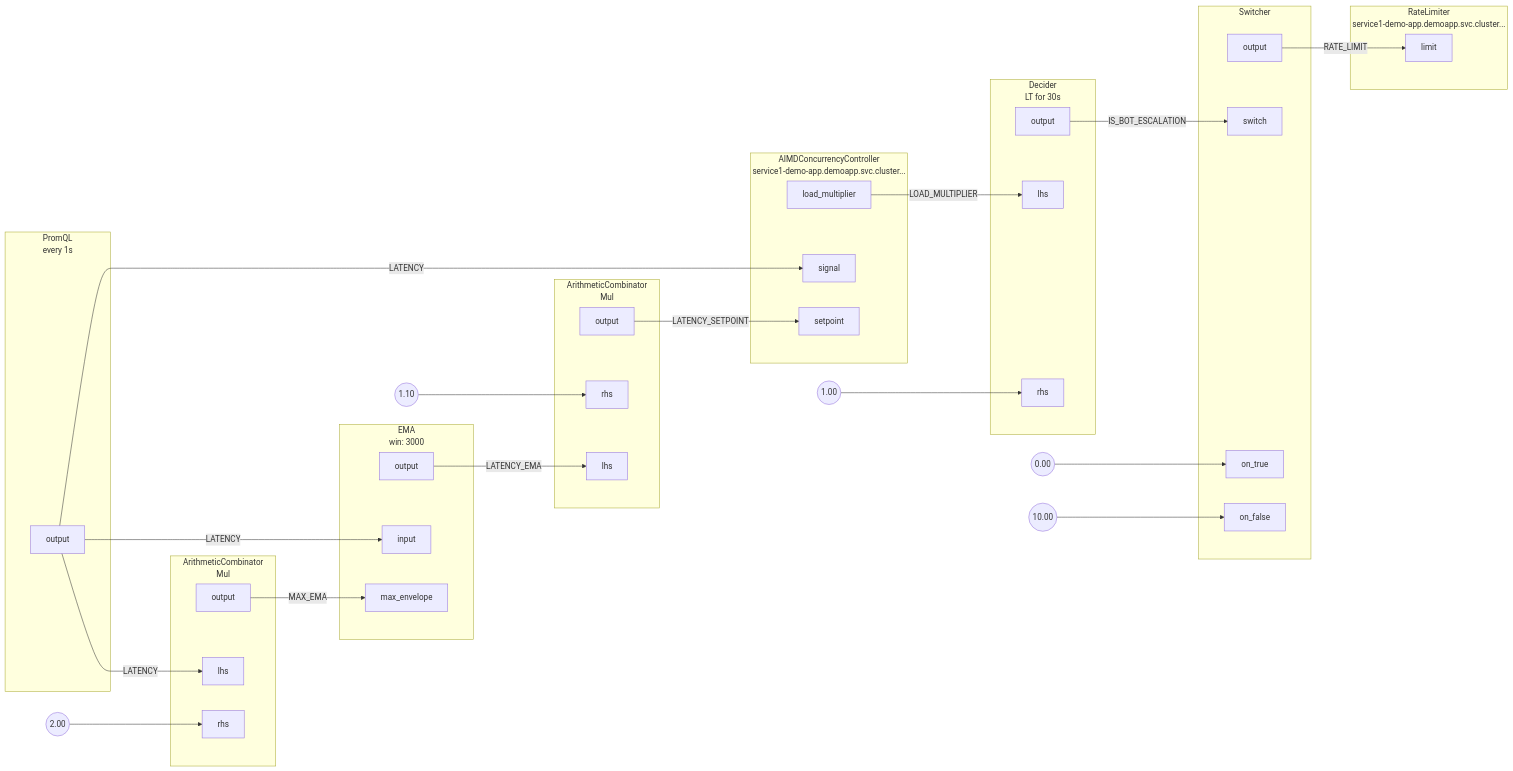
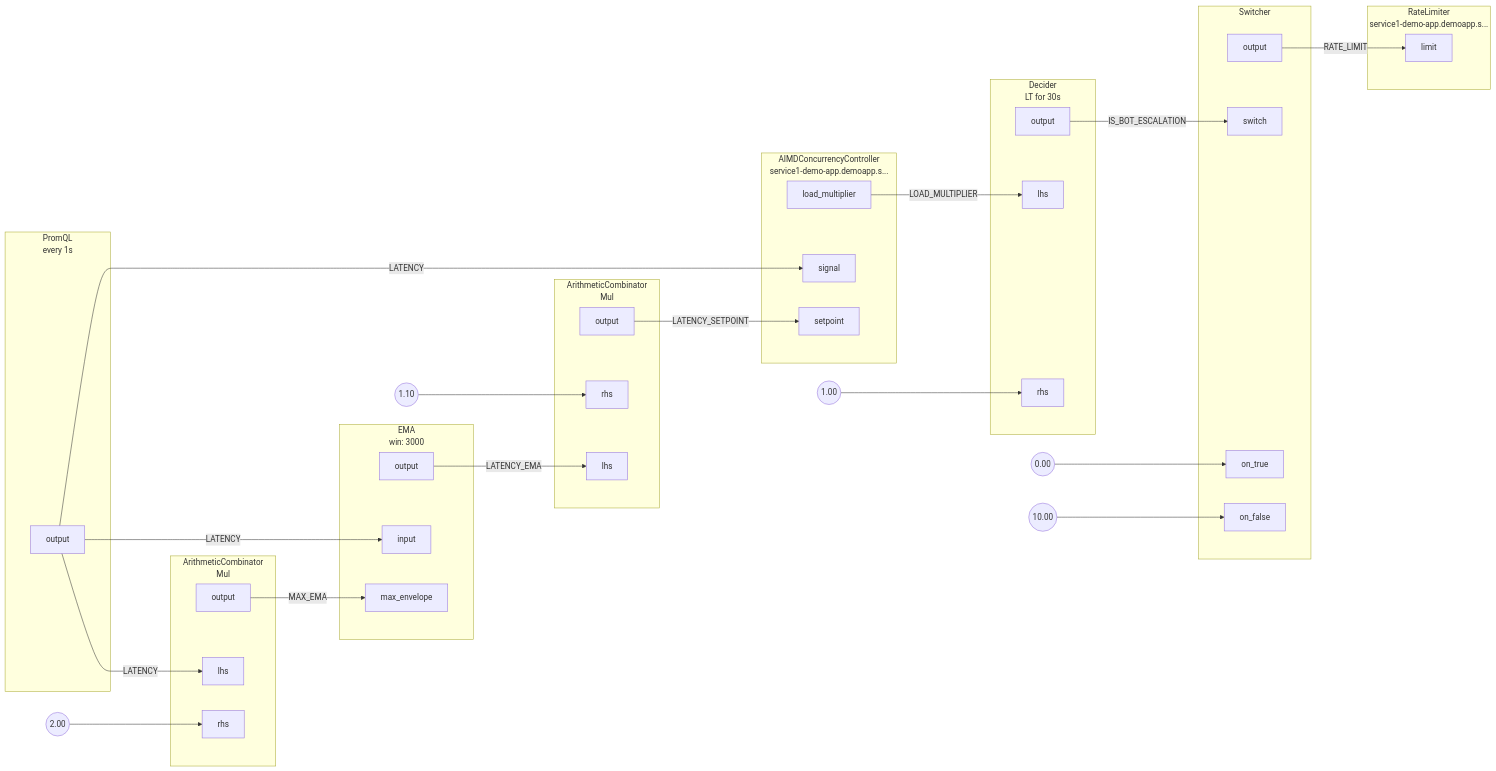
One commit to fluxninja/aperture changed the diagram in docs/content/tutorials/integrations/flow-control/rate-limiting/assets/dynamic-rate-limiting/dynamic-rate-limiting.mmd. Above: the diagram before and after it, drawn with Mermaid. The commit also changed 18 other files, not shown here.

```diff
--- a/docs/content/tutorials/integrations/flow-control/rate-limiting/assets/dynamic-rate-limiting/dynamic-rate-limiting.mmd
+++ b/docs/content/tutorials/integrations/flow-control/rate-limiting/assets/dynamic-rate-limiting/dynamic-rate-limiting.mmd
@@ -1,99 +1,99 @@
 flowchart LR
 subgraph root.0[<center>PromQL<br/>every 1s</center>]
 subgraph root.0_outports[ ]
 style root.0_outports fill:none,stroke:none
 root.0output[output]
 end
 end
 FakeConstant0((2.00))
 FakeConstant0 --> root.1rhs
 subgraph root.1[<center>ArithmeticCombinator<br/>Mul</center>]
 subgraph root.1_inports[ ]
 style root.1_inports fill:none,stroke:none
 root.1lhs[lhs]
 root.1rhs[rhs]
 end
 subgraph root.1_outports[ ]
 style root.1_outports fill:none,stroke:none
 root.1output[output]
 end
 end
 FakeConstant1((1.10))
 FakeConstant1 --> root.2rhs
 subgraph root.2[<center>ArithmeticCombinator<br/>Mul</center>]
 subgraph root.2_inports[ ]
 style root.2_inports fill:none,stroke:none
 root.2lhs[lhs]
 root.2rhs[rhs]
 end
 subgraph root.2_outports[ ]
 style root.2_outports fill:none,stroke:none
 root.2output[output]
 end
 end
 subgraph root.3[<center>EMA<br/>win: 3000</center>]
 subgraph root.3_inports[ ]
 style root.3_inports fill:none,stroke:none
 root.3input[input]
 root.3max_envelope[max_envelope]
 end
 subgraph root.3_outports[ ]
 style root.3_outports fill:none,stroke:none
 root.3output[output]
 end
 end
-subgraph root.4[<center>AIMDConcurrencyController<br/>service1-demo-app.demoapp.svc.cluster...</center>]
+subgraph root.4[<center>AIMDConcurrencyController<br/>service1-demo-app.demoapp.s...</center>]
 subgraph root.4_inports[ ]
 style root.4_inports fill:none,stroke:none
 root.4signal[signal]
 root.4setpoint[setpoint]
 end
 subgraph root.4_outports[ ]
 style root.4_outports fill:none,stroke:none
 root.4load_multiplier[load_multiplier]
 end
 end
 FakeConstant2((1.00))
 FakeConstant2 --> root.5rhs
 subgraph root.5[<center>Decider<br/>LT for 30s</center>]
 subgraph root.5_inports[ ]
 style root.5_inports fill:none,stroke:none
 root.5lhs[lhs]
 root.5rhs[rhs]
 end
 subgraph root.5_outports[ ]
 style root.5_outports fill:none,stroke:none
 root.5output[output]
 end
 end
 FakeConstant3((0.00))
 FakeConstant3 --> root.6on_true
 FakeConstant4((10.00))
 FakeConstant4 --> root.6on_false
 subgraph root.6[Switcher]
 subgraph root.6_inports[ ]
 style root.6_inports fill:none,stroke:none
 root.6on_true[on_true]
 root.6on_false[on_false]
 root.6switch[switch]
 end
 subgraph root.6_outports[ ]
 style root.6_outports fill:none,stroke:none
 root.6output[output]
 end
 end
-subgraph root.7[<center>RateLimiter<br/>service1-demo-app.demoapp.svc.cluster...</center>]
+subgraph root.7[<center>RateLimiter<br/>service1-demo-app.demoapp.s...</center>]
 subgraph root.7_inports[ ]
 style root.7_inports fill:none,stroke:none
 root.7limit[limit]
 end
 end
-root.3output --> |LATENCY_EMA| root.2lhs
-root.4load_multiplier --> |LOAD_MULTIPLIER| root.5lhs
-root.5output --> |IS_BOT_ESCALATION| root.6switch
-root.6output --> |RATE_LIMIT| root.7limit
 root.0output --> |LATENCY| root.1lhs
 root.0output --> |LATENCY| root.3input
 root.0output --> |LATENCY| root.4signal
 root.1output --> |MAX_EMA| root.3max_envelope
 root.2output --> |LATENCY_SETPOINT| root.4setpoint
+root.3output --> |LATENCY_EMA| root.2lhs
+root.4load_multiplier --> |LOAD_MULTIPLIER| root.5lhs
+root.5output --> |IS_BOT_ESCALATION| root.6switch
+root.6output --> |RATE_LIMIT| root.7limit
```
